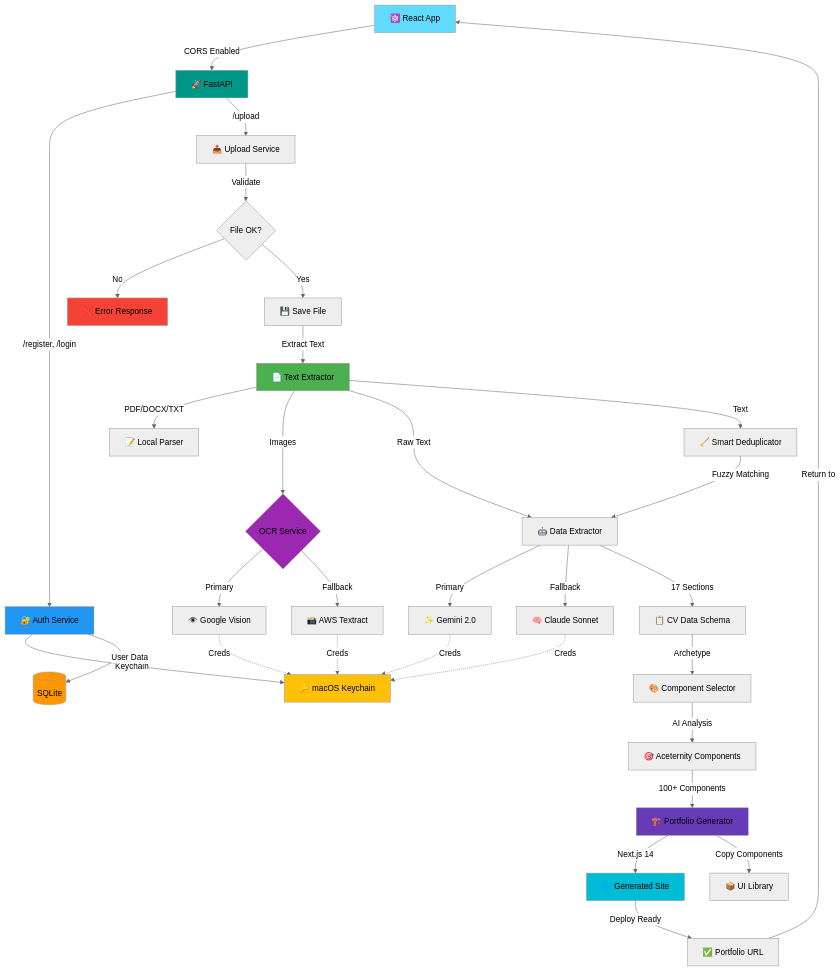
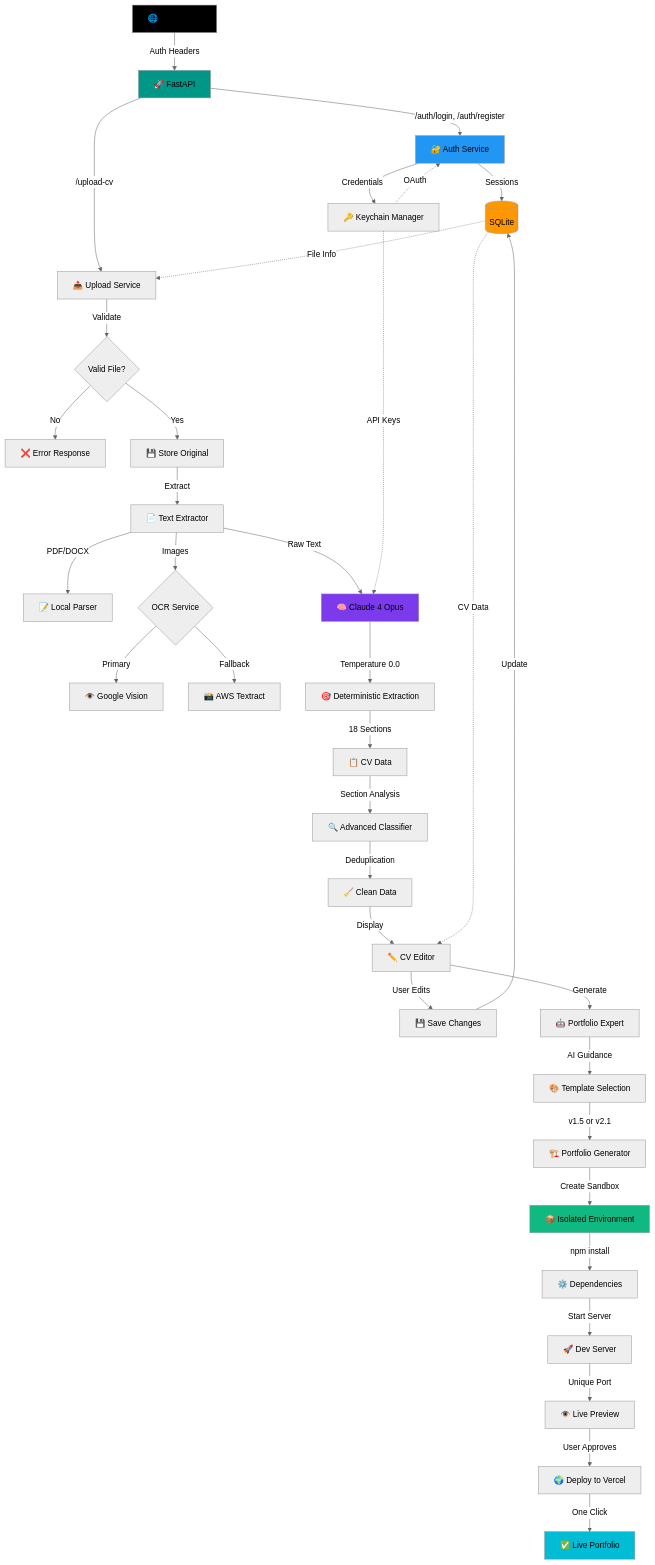
Before and after one commit to nitzanshifris/Resume2Website: the diagram in docs/api/CURRENT_PIPELINE.md, drawn with Mermaid (neutral theme). The commit also changed other lines of this file and 1530 other files, not shown here.

````diff
--- a/docs/api/CURRENT_PIPELINE.md
+++ b/docs/api/CURRENT_PIPELINE.md
@@ -3,64 +3,67 @@
 ```mermaid
 graph TD
-    %% Frontend Integration
-    React[⚛️ React App] -->|CORS Enabled| API[🚀 FastAPI]
+    %% Frontend Flow
+    NextJS[🌐 Next.js App] -->|Auth Headers| API[🚀 FastAPI]
     
     %% Authentication Flow
-    API -->|/register, /login| Auth[🔐 Auth Service]
-    Auth -->|Keychain| Keys[🔑 macOS Keychain]
-    Auth -->|User Data| DB[(SQLite)]
+    API -->|/auth/login, /auth/register| Auth[🔐 Auth Service]
+    Auth -->|Sessions| DB[(SQLite)]
+    Auth -->|Credentials| Keys[🔑 Keychain Manager]
     
-    %% CV Upload Flow
-    API -->|/upload| Upload[📤 Upload Service]
-    Upload -->|Validate| Check{File OK?}
+    %% CV Upload & Processing Flow
+    API -->|/upload-cv| Upload[📤 Upload Service]
+    Upload -->|Validate| Check{Valid File?}
     Check -->|No| Error[❌ Error Response]
-    Check -->|Yes| Save[💾 Save File]
+    Check -->|Yes| Store[💾 Store Original]
     
-    %% Text Extraction Flow
-    Save -->|Extract Text| Extract[📄 Text Extractor]
-    Extract -->|PDF/DOCX/TXT| Local[📝 Local Parser]
+    %% Text Extraction
+    Store -->|Extract| Extract[📄 Text Extractor]
+    Extract -->|PDF/DOCX| Local[📝 Local Parser]
     Extract -->|Images| OCR{OCR Service}
     OCR -->|Primary| GVision[👁️ Google Vision]
     OCR -->|Fallback| AWS[📸 AWS Textract]
     
-    %% AI Processing Flow (17 Sections)
-    Extract -->|Raw Text| AI[🤖 Data Extractor]
-    AI -->|Primary| Gemini[✨ Gemini 2.0]
-    AI -->|Fallback| Claude[🧠 Claude Sonnet]
-    AI -->|17 Sections| CVData[📋 CV Data Schema]
+    %% AI Processing (Claude 4 Opus ONLY)
+    Extract -->|Raw Text| Claude[🧠 Claude 4 Opus]
+    Claude -->|Temperature 0.0| Extraction[🎯 Deterministic Extraction]
+    Extraction -->|18 Sections| CVData[📋 CV Data]
     
-    %% Smart Deduplication
-    Extract -->|Text| Dedup[🧹 Smart Deduplicator]
-    Dedup -->|Fuzzy Matching| AI
+    %% Advanced Classification
+    CVData -->|Section Analysis| Classifier[🔍 Advanced Classifier]
+    Classifier -->|Deduplication| Clean[🧹 Clean Data]
     
-    %% Component Selection
-    CVData -->|Archetype| Selector[🎨 Component Selector]
-    Selector -->|AI Analysis| Components[🎯 Aceternity Components]
+    %% CV Editor Flow
+    Clean -->|Display| Editor[✏️ CV Editor]
+    Editor -->|User Edits| Save[💾 Save Changes]
+    Save -->|Update| DB
     
     %% Portfolio Generation
-    Components -->|100+ Components| Generator[🏗️ Portfolio Generator]
-    Generator -->|Next.js 14| Portfolio[🌐 Generated Site]
-    Generator -->|Copy Components| Aceternity[📦 UI Library]
+    Editor -->|Generate| Expert[🤖 Portfolio Expert]
+    Expert -->|AI Guidance| Template[🎨 Template Selection]
+    Template -->|v1.5 or v2.1| Generator[🏗️ Portfolio Generator]
     
-    %% Response
-    Portfolio -->|Deploy Ready| Response[✅ Portfolio URL]
-    Response -->|Return to| React
+    %% Sandbox Environment
+    Generator -->|Create Sandbox| Sandbox[📦 Isolated Environment]
+    Sandbox -->|npm install| Install[⚙️ Dependencies]
+    Install -->|Start Server| Server[🚀 Dev Server]
+    Server -->|Unique Port| Preview[👁️ Live Preview]
     
-    %% Credentials
-    GVision -.->|Creds| Keys
-    AWS -.->|Creds| Keys
-    Gemini -.->|Creds| Keys
-    Claude -.->|Creds| Keys
+    %% Deployment
+    Preview -->|User Approves| Deploy[🌍 Deploy to Vercel]
+    Deploy -->|One Click| Live[✅ Live Portfolio]
+    
+    %% Data Flow
+    DB -.->|CV Data| Editor
+    DB -.->|File Info| Upload
+    Keys -.->|API Keys| Claude
+    Keys -.->|OAuth| Auth
     
     %% Styling
-    style React fill:#61DAFB
+    style NextJS fill:#000000
     style API fill:#009688
     style Auth fill:#2196F3
-    style Keys fill:#FFC107
     style DB fill:#FF9800
-    style Extract fill:#4CAF50
-    style OCR fill:#9C27B0
-    style Error fill:#f44336
-    style Generator fill:#673AB7
-    style Portfolio fill:#00BCD4
+    style Claude fill:#7C3AED
+    style Sandbox fill:#10B981
+    style Live fill:#00BCD4
 ```
````
